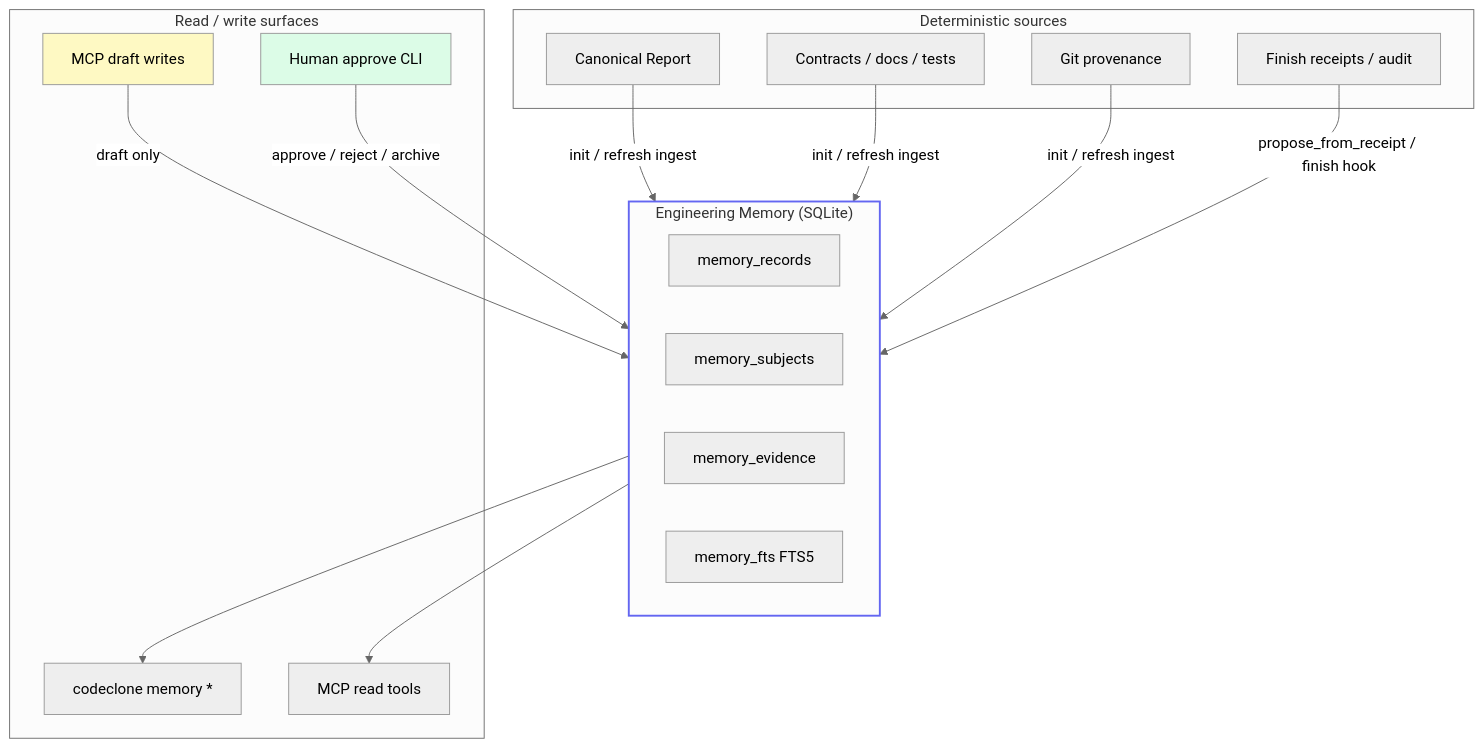
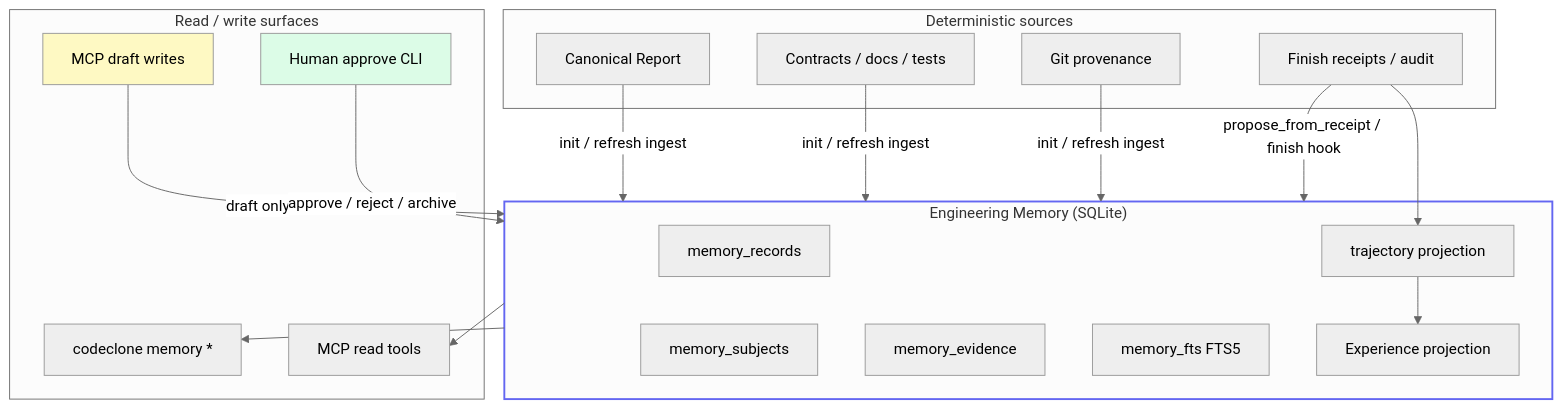
Before and after one commit to orenlab/codeclone: the diagram in docs/book/13-engineering-memory/index.md, drawn with Mermaid (neutral theme). The commit also changed other lines of this file and 41 other files, not shown here.

````diff
--- a/docs/book/13-engineering-memory/index.md
+++ b/docs/book/13-engineering-memory/index.md
@@ -54,35 +54,38 @@
 ```mermaid
 graph TB
     subgraph Sources["Deterministic sources"]
         CR[Canonical Report]
         CT[Contracts / docs / tests]
         GIT[Git provenance]
         RC[Finish receipts / audit]
     end
 
     subgraph MemoryStore["Engineering Memory (SQLite)"]
         REC[memory_records]
         SUB[memory_subjects]
         EV[memory_evidence]
         FTS[memory_fts FTS5]
+        TRAJ[trajectory projection]
+        EXP[Experience projection]
     end
 
     subgraph Surfaces["Read / write surfaces"]
         CLI["codeclone memory *"]
         MCP_R["MCP read tools"]
         MCP_W["MCP draft writes"]
         HUM["Human approve CLI"]
     end
 
     CR -->|init / refresh ingest| MemoryStore
     CT -->|init / refresh ingest| MemoryStore
     GIT -->|init / refresh ingest| MemoryStore
     RC -->|propose_from_receipt / finish hook| MemoryStore
+    RC --> TRAJ --> EXP
     MemoryStore --> CLI
     MemoryStore --> MCP_R
     MCP_W -->|draft only| MemoryStore
     HUM -->|approve / reject / archive| MemoryStore
     style MemoryStore stroke: #6366f1, stroke-width: 2px
     style MCP_W fill: #fef9c3
     style HUM fill: #dcfce7
 ```
````
